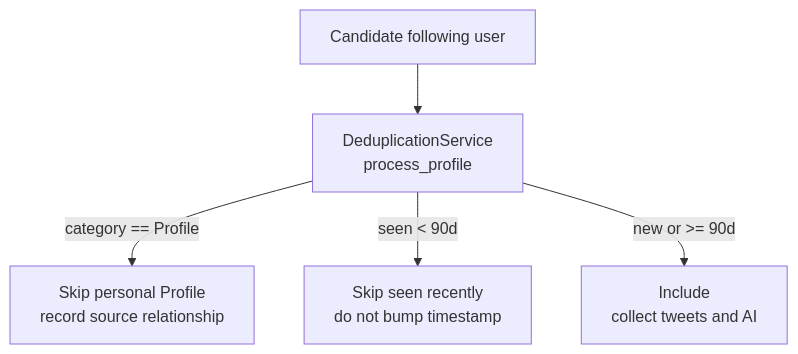
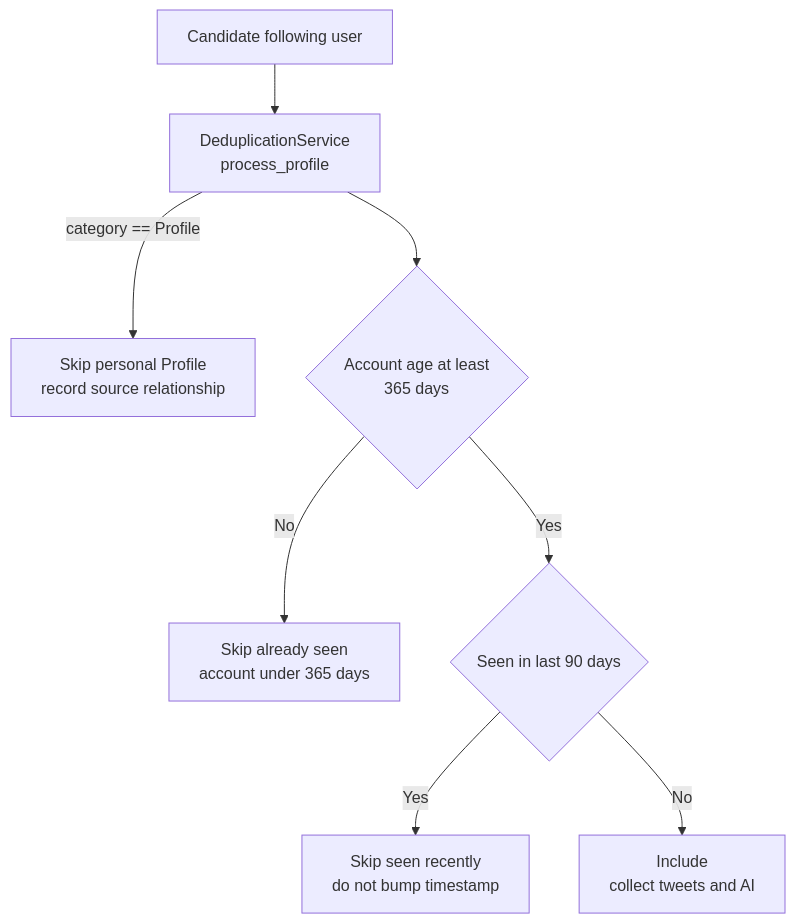
One commit to carlhuareforge/deal_sourcer_agent changed the second of 3 diagrams in ARCHITECTURE.md. Above: the diagram before and after it, drawn with Mermaid. The commit also changed other lines of this file, not shown here.

````diff
--- a/ARCHITECTURE.md
+++ b/ARCHITECTURE.md
@@ -158,7 +158,10 @@
 ```mermaid
 flowchart TD
   Cand[Candidate following user] --> Check[DeduplicationService<br>process_profile]
   Check -->|category == Profile| SkipProfile[Skip personal Profile<br>record source relationship]
-  Check -->|seen < 90d| SkipRecent[Skip seen recently<br>do not bump timestamp]
-  Check -->|new or >= 90d| Include[Include<br>collect tweets and AI]
+  Check --> AgeOK{Account age at least<br>365 days}
+  AgeOK -->|No| SkipYoung[Skip already seen<br>account under 365 days]
+  AgeOK -->|Yes| Recent{Seen in last 90 days}
+  Recent -->|Yes| SkipRecent[Skip seen recently<br>do not bump timestamp]
+  Recent -->|No| Include[Include<br>collect tweets and AI]
 ```
````
